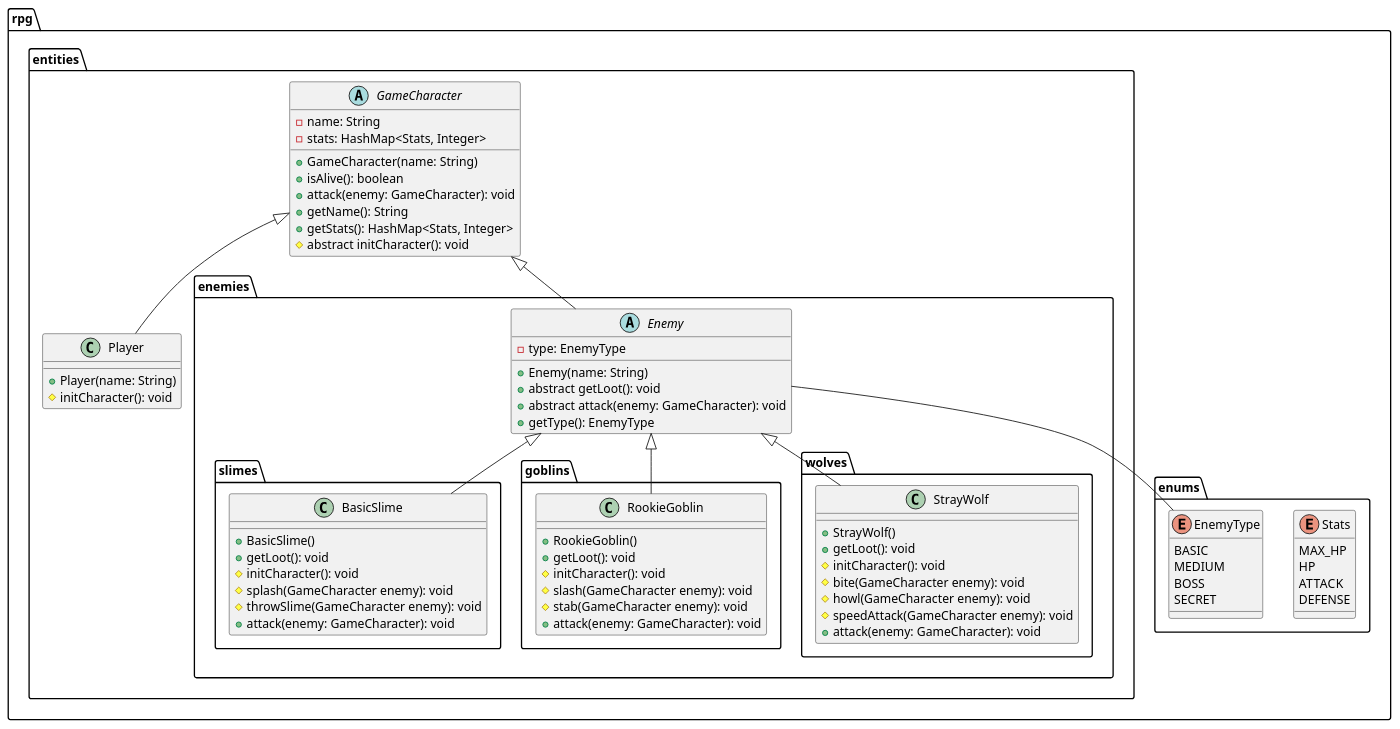
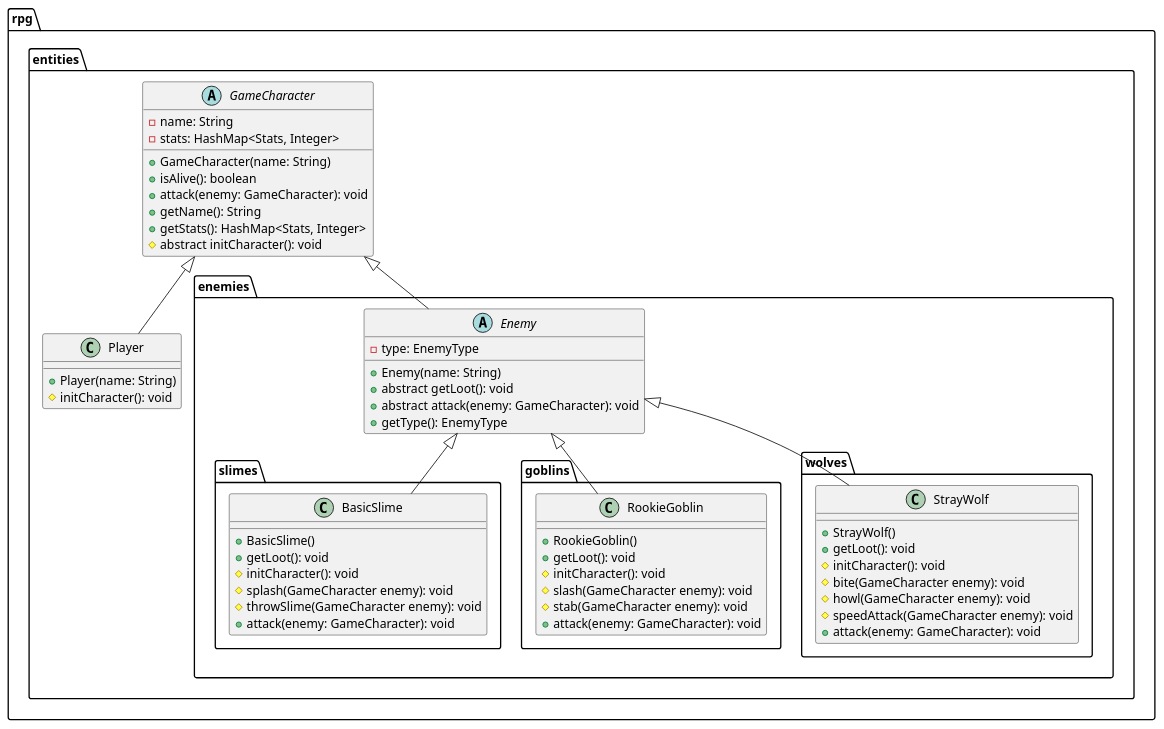
One commit to jesus-castro89/prog_avanzada changed the third of 3 diagrams in Writerside/topics/abstract-character.md. Above: the diagram before and after it, drawn with PlantUML. The commit also changed other lines of this file and 4 other files, not shown here.

````diff
--- a/Writerside/topics/abstract-character.md
+++ b/Writerside/topics/abstract-character.md
@@ -7,19 +43,5 @@
 ```plantuml
 @startuml
-package rpg.enums {
-    enum Stats {
-        MAX_HP
-        HP
-        ATTACK
-        DEFENSE
-    }
-    enum EnemyType {
-        BASIC
-        MEDIUM
-        BOSS
-        SECRET
-    }
-}
 package rpg.entities {
     abstract class GameCharacter {
         -name: String
@@ -84,7 +106,6 @@
 
 GameCharacter <|-- Player
 GameCharacter <|-- Enemy
-Enemy -- EnemyType
 Enemy <|-- BasicSlime
 Enemy <|-- RookieGoblin
 Enemy <|-- StrayWolf
````
